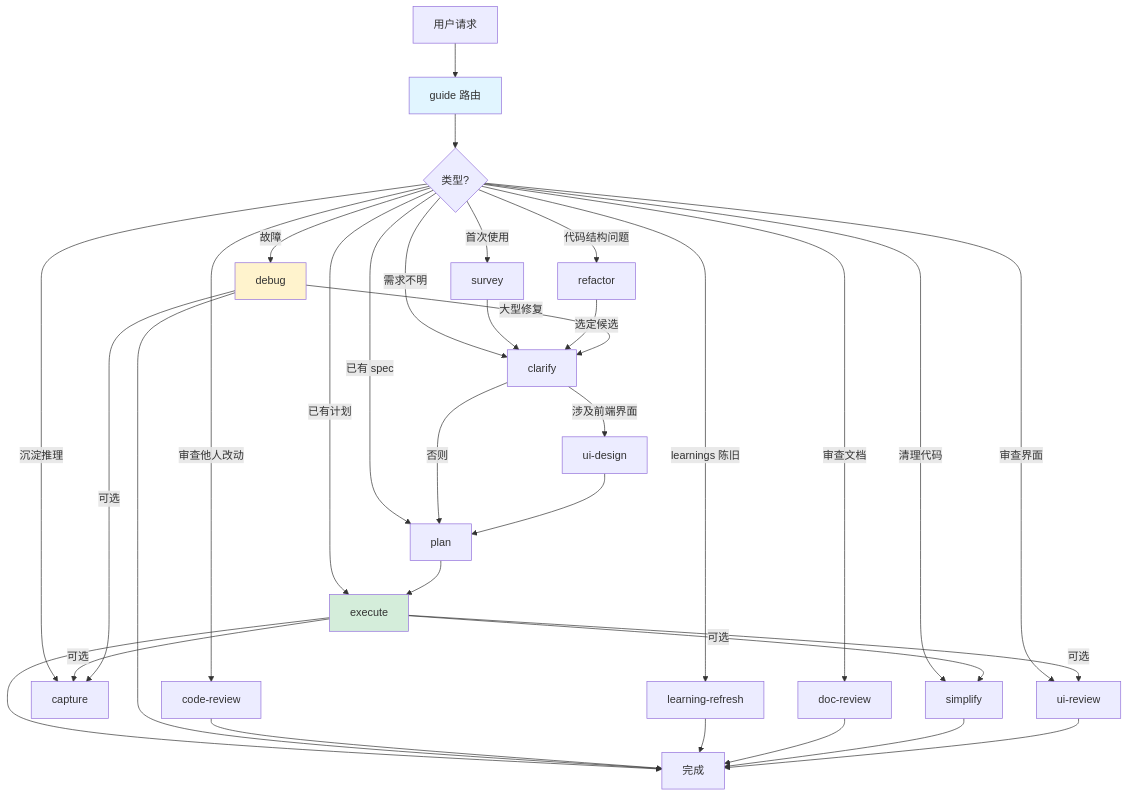
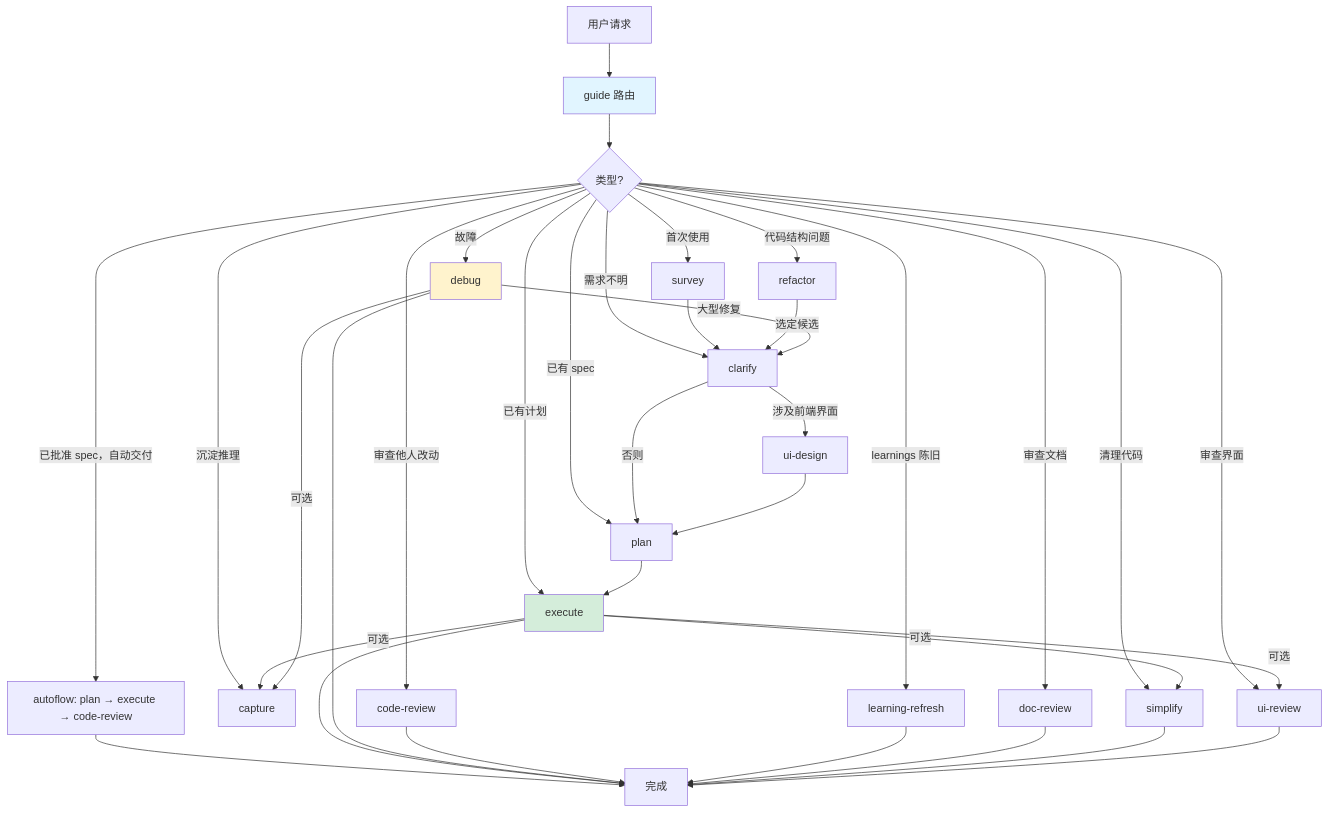
One commit to iron6909/coding-skills changed the diagram in README.md. Above: the diagram before and after it, drawn with Mermaid. The commit also changed other lines of this file and 32 other files, not shown here.

````diff
--- a/README.md
+++ b/README.md
@@ -43,40 +46,42 @@
 ```mermaid
 graph TD
     A[用户请求] --> B[guide 路由]
     B --> C{类型?}
     C -->|首次使用| D[survey]
     C -->|需求不明| E[clarify]
     C -->|已有 spec| F[plan]
     C -->|已有计划| G[execute]
     C -->|故障| H[debug]
     C -->|审查他人改动| I[code-review]
     C -->|代码结构问题| M[refactor]
     C -->|沉淀推理| N[capture]
     C -->|learnings 陈旧| O[learning-refresh]
     C -->|审查文档| P[doc-review]
     C -->|清理代码| Q[simplify]
     C -->|审查界面| S[ui-review]
+    C -->|已批准 spec，自动交付| T[autoflow: plan → execute → code-review]
+    T --> J
 
     D --> E
     E -->|涉及前端界面| R[ui-design]
     E -->|否则| F
     R --> F
     F --> G
     G --> J[完成]
     H --> J
     I --> J
     M -->|选定候选| E
     H -->|大型修复| E
     G -->|可选| N
     H -->|可选| N
     G -->|可选| Q
     G -->|可选| S
     O --> J
     P --> J
     Q --> J
     S --> J
 
     style B fill:#e1f5ff
     style G fill:#d4edda
     style H fill:#fff3cd
 ```
````
